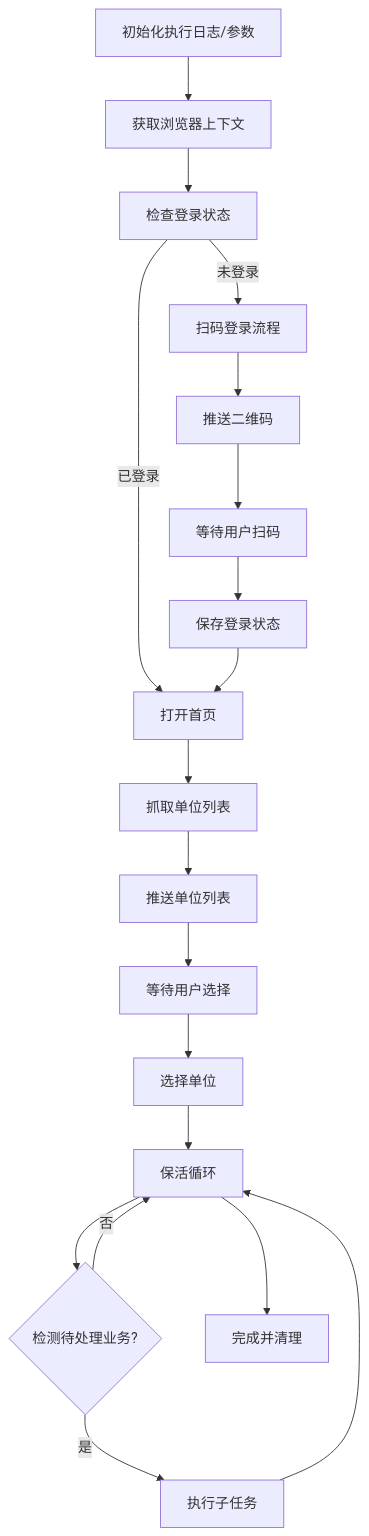
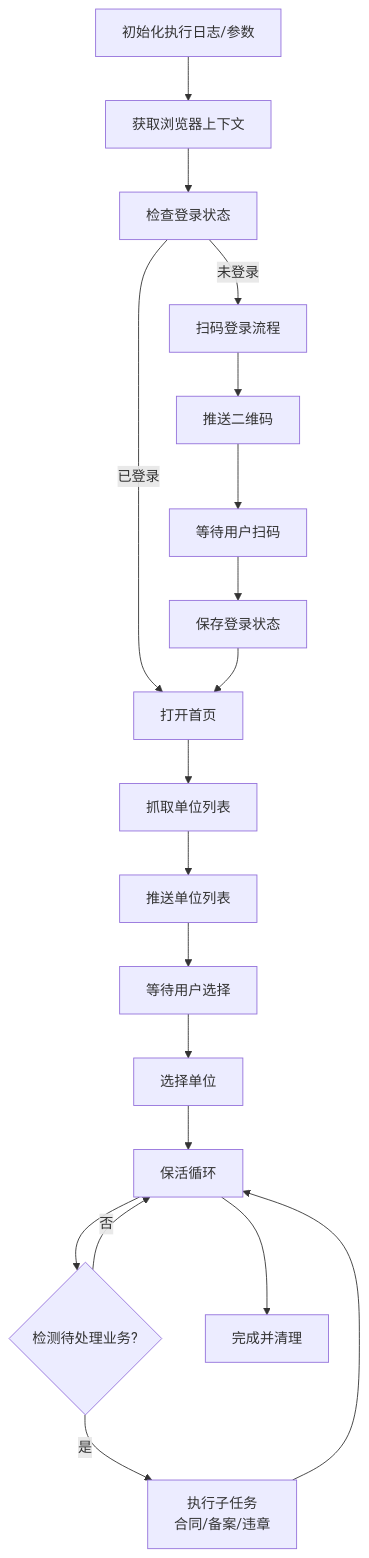
Diagram 11 of 13 in .qoder/repowiki/zh/content/浏览器自动化/浏览器自动化.md (onebody/ccclubs_AI_RPA), drawn with Mermaid before and after one commit. The commit also changed other lines of this file and 5 other files, not shown here.

````diff
--- a/.qoder/repowiki/zh/content/浏览器自动化/浏览器自动化.md
+++ b/.qoder/repowiki/zh/content/浏览器自动化/浏览器自动化.md
@@ -439,21 +619,21 @@
 ```mermaid
 flowchart TD
 Init["初始化执行日志/参数"] --> GetCtx["获取浏览器上下文"]
 GetCtx --> CheckLogin["检查登录状态"]
 CheckLogin --> |未登录| LoginFlow["扫码登录流程"]
 CheckLogin --> |已登录| OpenHome["打开首页"]
 LoginFlow --> PushQR["推送二维码"]
 PushQR --> WaitUser["等待用户扫码"]
 WaitUser --> SaveState["保存登录状态"]
 SaveState --> OpenHome
 OpenHome --> FetchList["抓取单位列表"]
 FetchList --> PushList["推送单位列表"]
 PushList --> WaitSelect["等待用户选择"]
 WaitSelect --> SelectUnit["选择单位"]
 SelectUnit --> KeepAlive["保活循环"]
 KeepAlive --> DetectBiz{"检测待处理业务?"}
-DetectBiz --> |是| ExecSub["执行子任务"]
+DetectBiz --> |是| ExecSub["执行子任务<br/>合同/备案/违章"]
 ExecSub --> KeepAlive
 DetectBiz --> |否| KeepAlive
 KeepAlive --> Done["完成并清理"]
 ```
````
